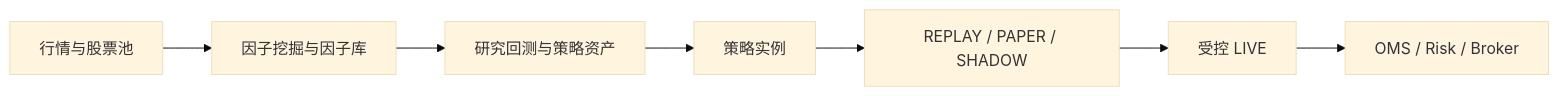
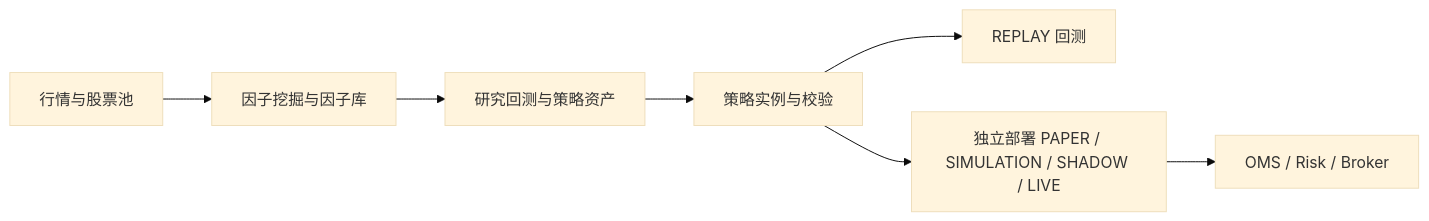
One commit to kinokosu3/AlphaPilot changed the diagram in docs/index.md. Above: the diagram before and after it, drawn with Mermaid (base theme). The commit also changed 76 other files, not shown here.

````diff
--- a/docs/index.md
+++ b/docs/index.md
@@ -5,9 +5,9 @@
 ```mermaid
 flowchart LR
     D[行情与股票池] --> F[因子挖掘与因子库]
     F --> R[研究回测与策略资产]
-    R --> I[策略实例]
-    I --> P[REPLAY / PAPER / SHADOW]
-    P --> L[受控 LIVE]
-    L --> O[OMS / Risk / Broker]
+    R --> I[策略实例与校验]
+    I --> B[REPLAY 回测]
+    I --> P[独立部署 PAPER / SIMULATION / SHADOW / LIVE]
+    P --> O[OMS / Risk / Broker]
 ```
````
